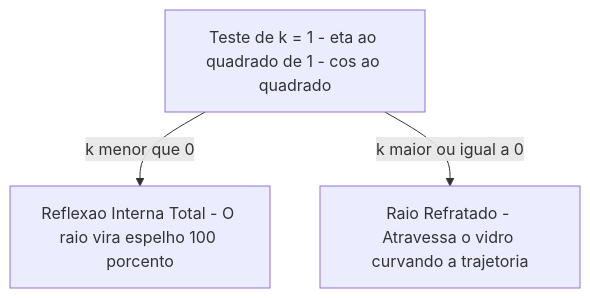
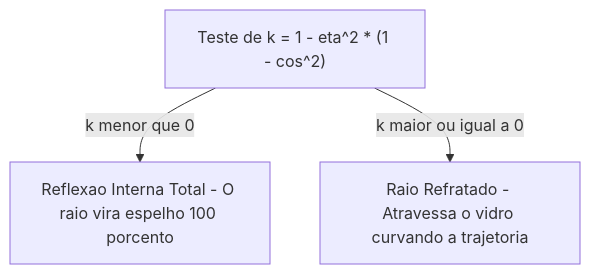
One commit to Gabriel-Freitas-S/CGPDI.StudyLab changed the diagram in docs/src/content/docs/raytracing/reflexao-refracao-snell.md. Above: the diagram before and after it, drawn with Mermaid. The commit also changed 499 other files, not shown here.

````diff
--- a/docs/src/content/docs/raytracing/reflexao-refracao-snell.md
+++ b/docs/src/content/docs/raytracing/reflexao-refracao-snell.md
@@ -28,6 +28,6 @@
 ```mermaid
 graph TD
-    K_Test[Teste de k = 1 - eta ao quadrado de 1 - cos ao quadrado]
-    K_Test -->|k menor que 0| TIR[Reflexao Interna Total - O raio vira espelho 100 porcento]
-    K_Test -->|k maior ou igual a 0| Refratado[Raio Refratado - Atravessa o vidro curvando a trajetoria]
+    K_Test["Teste de k = 1 - eta^2 * (1 - cos^2)"]
+    K_Test -->|k menor que 0| TIR["Reflexao Interna Total - O raio vira espelho 100 porcento"]
+    K_Test -->|k maior ou igual a 0| Refratado["Raio Refratado - Atravessa o vidro curvando a trajetoria"]
 ```
````
